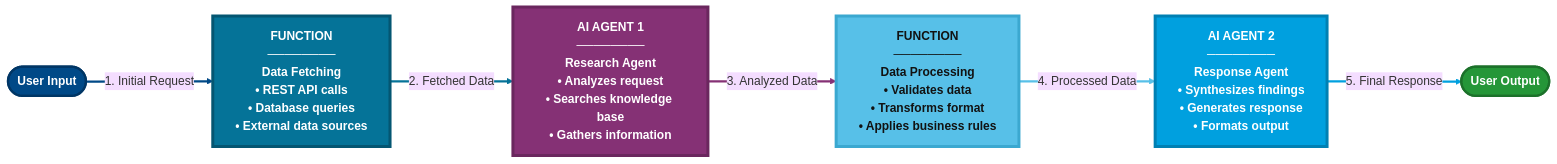
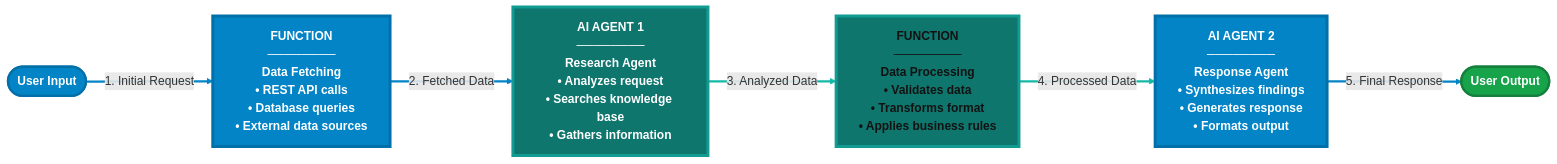
One commit to nitin27may/ai-resources changed the fifth of 5 diagrams in docs/concepts/ai-agents.md. Above: the diagram before and after it, drawn with Mermaid. The commit also changed other lines of this file and 43 other files, not shown here.

````diff
--- a/docs/concepts/ai-agents.md
+++ b/docs/concepts/ai-agents.md
@@ -283,32 +283,32 @@
 ```mermaid
 
-%%{init: {'theme':'base', 'themeVariables': {'fontSize':'16px'}}}%%
+%%{init: {'themeVariables': {'fontSize':'16px'}}}%%
 
 graph LR
     Start([User Input])
     Func1["FUNCTION<br/>────────<br/>Data Fetching<br/>• REST API calls<br/>• Database queries<br/>• External data sources"]
     Agent1["AI AGENT 1<br/>────────<br/>Research Agent<br/>• Analyzes request<br/>• Searches knowledge base<br/>• Gathers information"]
     Func2["FUNCTION<br/>────────<br/>Data Processing<br/>• Validates data<br/>• Transforms format<br/>• Applies business rules"]
     Agent2["AI AGENT 2<br/>────────<br/>Response Agent<br/>• Synthesizes findings<br/>• Generates response<br/>• Formats output"]
     End([User Output])
     
     Start -->|"1. Initial Request"| Func1
     Func1 -->|"2. Fetched Data"| Agent1
     Agent1 -->|"3. Analyzed Data"| Func2
     Func2 -->|"4. Processed Data"| Agent2
     Agent2 -->|"5. Final Response"| End
     
-    style Start fill:#004987,stroke:#003665,stroke-width:3px,color:#ffffff,font-weight:bold
-    style Func1 fill:#057398,stroke:#045672,stroke-width:4px,color:#ffffff,font-weight:bold
-    style Agent1 fill:#853175,stroke:#6A275E,stroke-width:4px,color:#ffffff,font-weight:bold
-    style Func2 fill:#57C0E8,stroke:#3BA8D0,stroke-width:4px,color:#121212,font-weight:bold
-    style Agent2 fill:#00A0DF,stroke:#0080B3,stroke-width:4px,color:#ffffff,font-weight:bold
-    style End fill:#259638,stroke:#1C712A,stroke-width:3px,color:#ffffff,font-weight:bold
+    style Start fill:#0284c7,stroke:#0270a8,stroke-width:3px,color:#ffffff,font-weight:bold
+    style Func1 fill:#0284c7,stroke:#0270a8,stroke-width:4px,color:#ffffff,font-weight:bold
+    style Agent1 fill:#0f766e,stroke:#119b91,stroke-width:4px,color:#ffffff,font-weight:bold
+    style Func2 fill:#0f766e,stroke:#119b91,stroke-width:4px,color:#121212,font-weight:bold
+    style Agent2 fill:#0284c7,stroke:#0270a8,stroke-width:4px,color:#ffffff,font-weight:bold
+    style End fill:#16a34a,stroke:#15803d,stroke-width:3px,color:#ffffff,font-weight:bold
     
-    linkStyle 0 stroke:#004987,stroke-width:3px
-    linkStyle 1 stroke:#057398,stroke-width:3px
-    linkStyle 2 stroke:#853175,stroke-width:3px
-    linkStyle 3 stroke:#57C0E8,stroke-width:3px
-    linkStyle 4 stroke:#00A0DF,stroke-width:3px
+    linkStyle 0 stroke:#0284c7,stroke-width:3px
+    linkStyle 1 stroke:#0284c7,stroke-width:3px
+    linkStyle 2 stroke:#14b8a6,stroke-width:3px
+    linkStyle 3 stroke:#14b8a6,stroke-width:3px
+    linkStyle 4 stroke:#0284c7,stroke-width:3px
 
 ```
````
